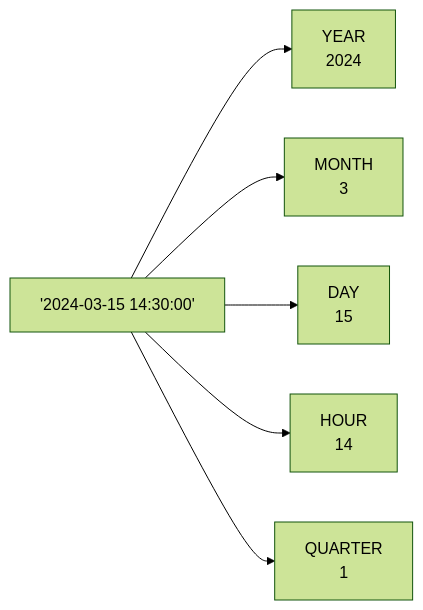
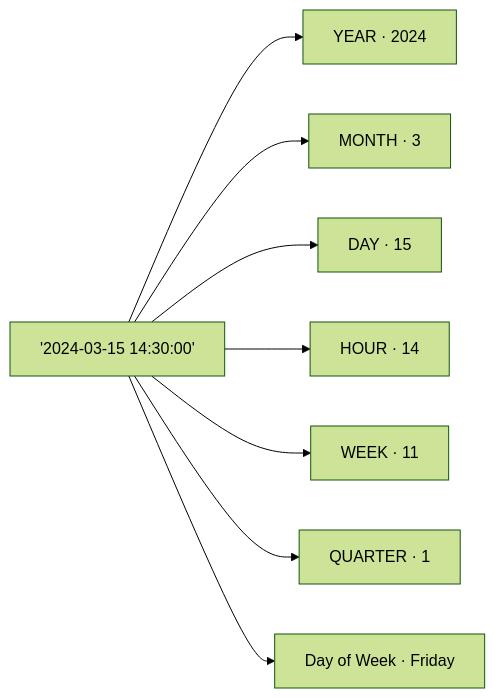
The diagram in docs/en/intermediate/11-datetime.md (civilian7/sql-tutorial), drawn with Mermaid (forest theme) before and after one commit. The commit also changed other lines of this file and 121 other files, not shown here.

````diff
--- a/docs/en/intermediate/11-datetime.md
+++ b/docs/en/intermediate/11-datetime.md
@@ -7,8 +12,10 @@
 ```mermaid
 flowchart LR
-    D["'2024-03-15 14:30:00'"] --> Y["YEAR\n2024"]
-    D --> M["MONTH\n3"]
-    D --> DOM["DAY\n15"]
-    D --> H["HOUR\n14"]
-    D --> Q["QUARTER\n1"]
+    D["'2024-03-15 14:30:00'"] --> Y["YEAR · 2024"]
+    D --> M["MONTH · 3"]
+    D --> DOM["DAY · 15"]
+    D --> H["HOUR · 14"]
+    D --> W["WEEK · 11"]
+    D --> Q["QUARTER · 1"]
+    D --> DOW["Day of Week · Friday"]
 ```
````
